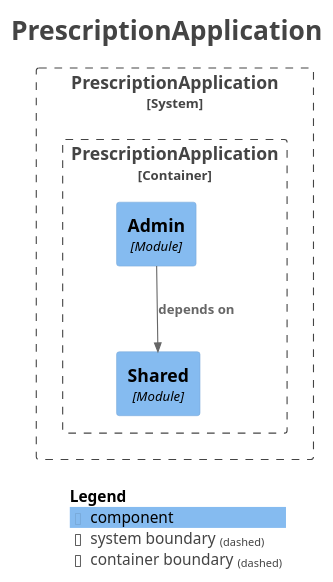
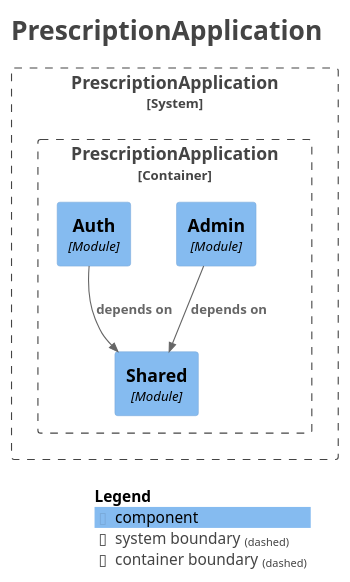
One commit to Losdreyfedus/doping-prescription changed the diagram in docs/moduller/components.puml. Above: the diagram before and after it, drawn with PlantUML. The commit also changed 6 other files, not shown here.

```diff
--- a/docs/moduller/components.puml
+++ b/docs/moduller/components.puml
@@ -1,30 +1,32 @@
 @startuml
 title <size:24>PrescriptionApplication</size>
 
 set separator none
 top to bottom direction
 
 <style>
   root {
     BackgroundColor: #ffffff
     FontColor: #444444
   }
 </style>
 
 !include <C4/C4>
 !include <C4/C4_Context>
 !include <C4/C4_Component>
 
 System_Boundary("PrescriptionApplication_boundary", "PrescriptionApplication", $tags="") {
   Container_Boundary("PrescriptionApplication.PrescriptionApplication_boundary", "PrescriptionApplication", $tags="") {
+    Component(PrescriptionApplication.PrescriptionApplication.Admin, "Admin", $techn="Module", $descr="", $tags="", $link="")
+    Component(PrescriptionApplication.PrescriptionApplication.Auth, "Auth", $techn="Module", $descr="", $tags="", $link="")
     Component(PrescriptionApplication.PrescriptionApplication.Shared, "Shared", $techn="Module", $descr="", $tags="", $link="")
-    Component(PrescriptionApplication.PrescriptionApplication.Admin, "Admin", $techn="Module", $descr="", $tags="", $link="")
   }
 
 }
 
+Rel(PrescriptionApplication.PrescriptionApplication.Auth, PrescriptionApplication.PrescriptionApplication.Shared, "depends on", $techn="", $tags="", $link="")
 Rel(PrescriptionApplication.PrescriptionApplication.Admin, PrescriptionApplication.PrescriptionApplication.Shared, "depends on", $techn="", $tags="", $link="")
 
 SHOW_LEGEND(true)
 hide stereotypes
 @enduml
```
